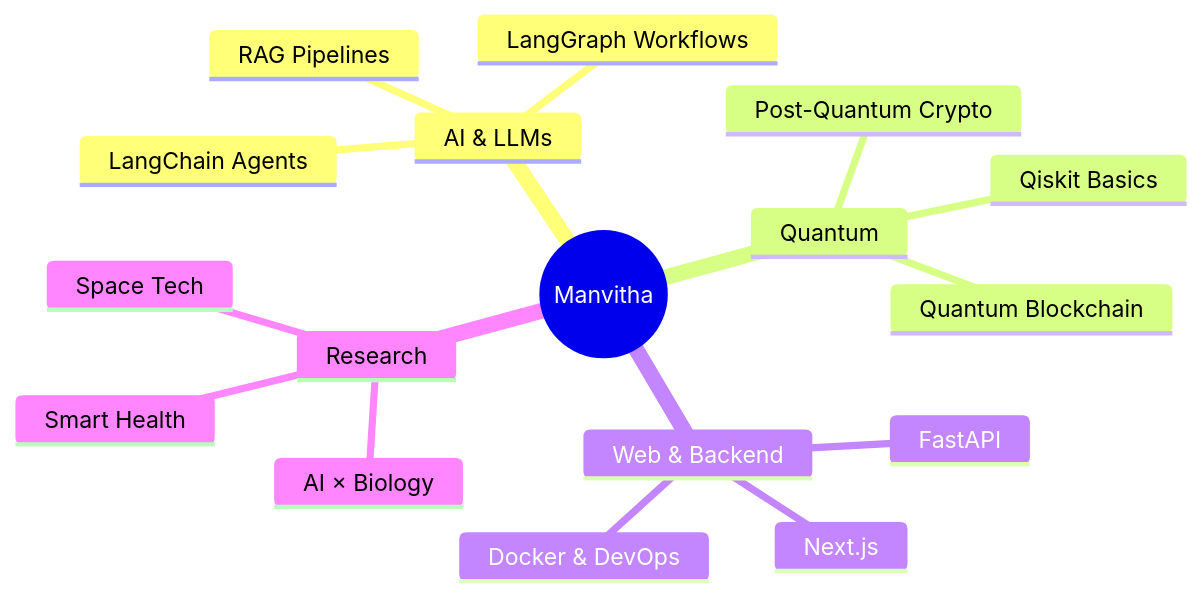
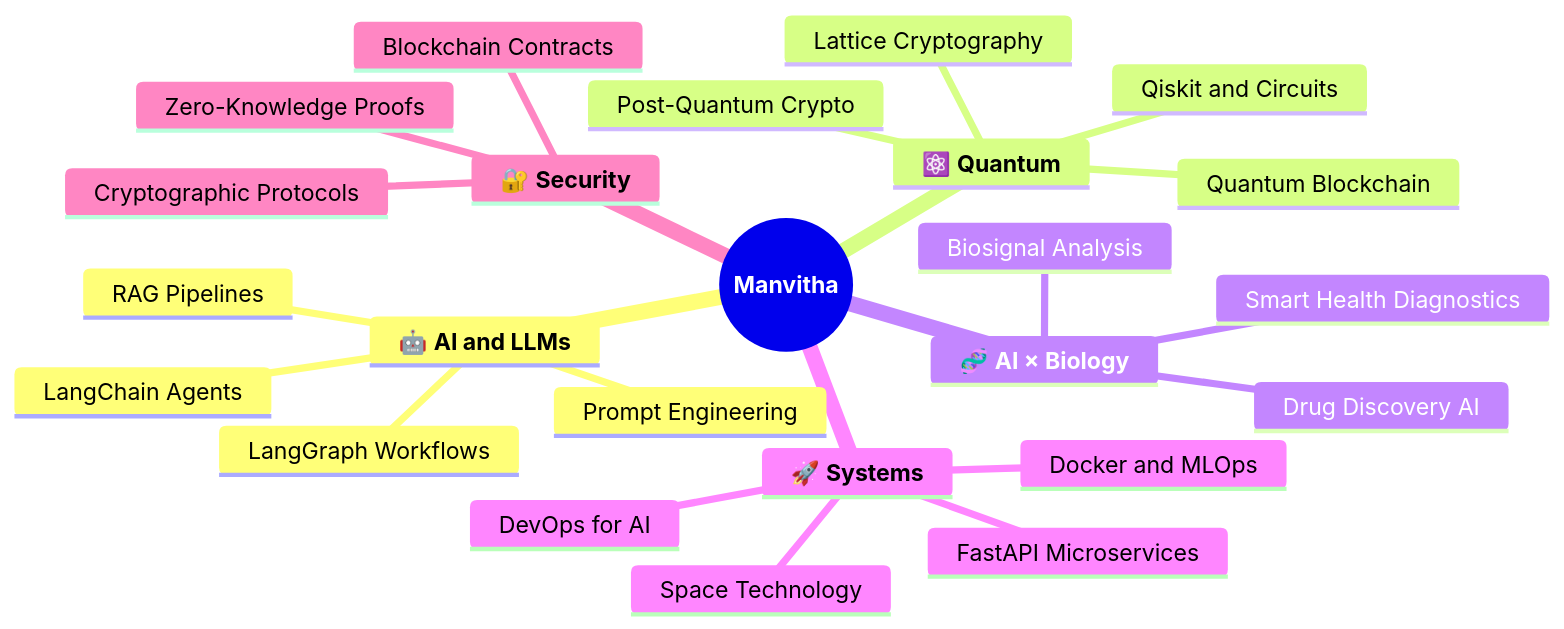
One commit to Manvitha3004/Manvitha3004 changed the diagram in README.md. Above: the diagram before and after it, drawn with Mermaid. The commit also changed other lines of this file, not shown here.

````diff
--- a/README.md
+++ b/README.md
@@ -148,20 +170,27 @@
 ```mermaid
 mindmap
-  root((Manvitha))
-    AI & LLMs
+  root((**Manvitha**))
+    🤖 **AI and LLMs**
       LangChain Agents
       LangGraph Workflows
       RAG Pipelines
-    Quantum
+      Prompt Engineering
+    ⚛️ **Quantum**
       Post-Quantum Crypto
+      Qiskit and Circuits
       Quantum Blockchain
-      Qiskit Basics
-    Web & Backend
-      FastAPI
-      Next.js
-      Docker & DevOps
-    Research
-      AI × Biology
-      Space Tech
-      Smart Health
+      Lattice Cryptography
+    🧬 **AI × Biology**
+      Smart Health Diagnostics
+      Biosignal Analysis
+      Drug Discovery AI
+    🚀 **Systems**
+      FastAPI Microservices
+      Docker and MLOps
+      DevOps for AI
+      Space Technology
+    🔐 **Security**
+      Blockchain Contracts
+      Zero-Knowledge Proofs
+      Cryptographic Protocols
 ```
````
